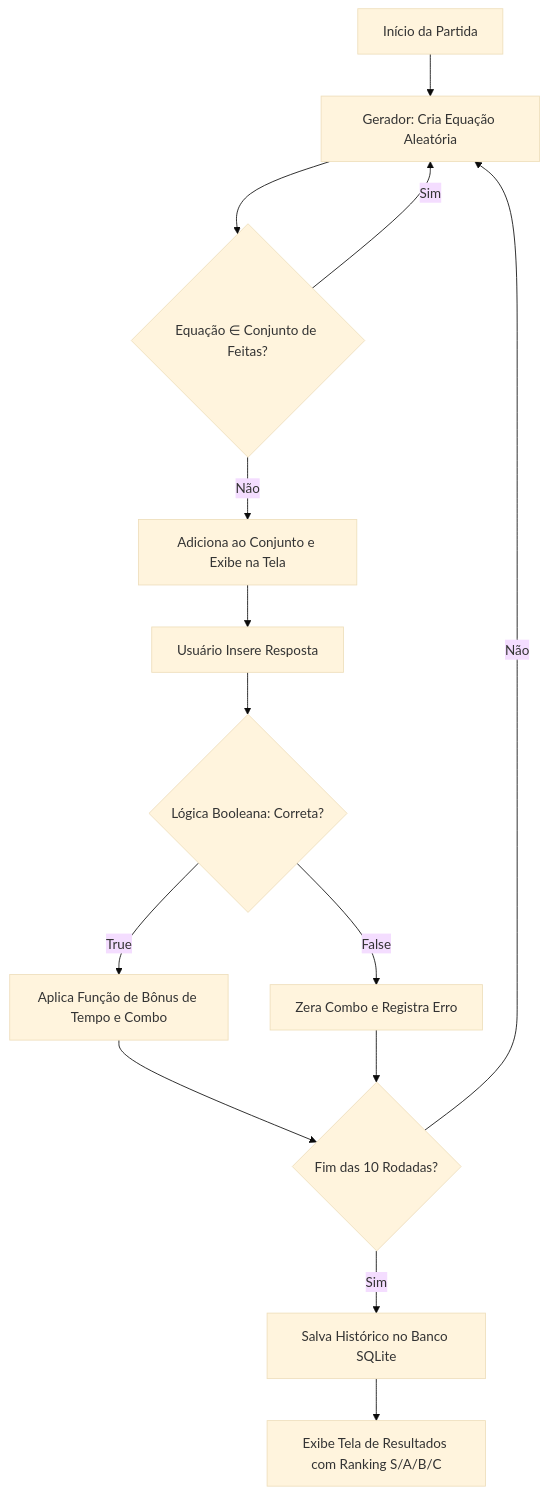
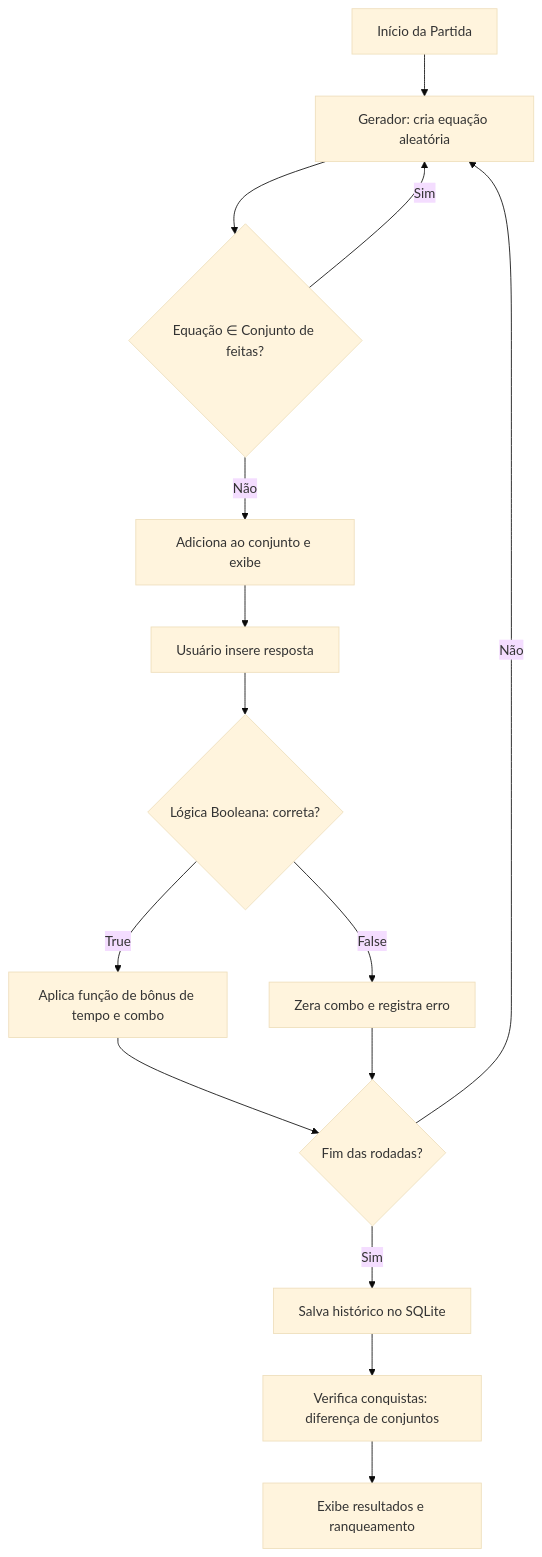
Before and after one commit to MatheusO-Machado/BatalhaMatematica: the first of 3 diagrams in README.md, drawn with Mermaid (base theme). The commit also changed other lines of this file and 33 other files, not shown here.

First line of the commit message:
Adiciona Modo RPG, novos modos de jogo, sistema de conquistas e melhorias

````diff
--- a/README.md
+++ b/README.md
@@ -85,16 +366,17 @@
 ```mermaid
 flowchart TD
-    A[Início da Partida] --> B[Gerador: Cria Equação Aleatória]
-    B --> C{Equação ∈ Conjunto de Feitas?}
+    A[Início da Partida] --> B[Gerador: cria equação aleatória]
+    B --> C{Equação ∈ Conjunto de feitas?}
     C -->|Sim| B
-    C -->|Não| D[Adiciona ao Conjunto e Exibe na Tela]
-    D --> E[Usuário Insere Resposta]
-    E --> F{Lógica Booleana: Correta?}
-    F -->|True| G[Aplica Função de Bônus de Tempo e Combo]
-    F -->|False| H[Zera Combo e Registra Erro]
-    G --> I{Fim das 10 Rodadas?}
+    C -->|Não| D[Adiciona ao conjunto e exibe]
+    D --> E[Usuário insere resposta]
+    E --> F{Lógica Booleana: correta?}
+    F -->|True| G[Aplica função de bônus de tempo e combo]
+    F -->|False| H[Zera combo e registra erro]
+    G --> I{Fim das rodadas?}
     H --> I
     I -->|Não| B
-    I -->|Sim| J[Salva Histórico no Banco SQLite]
-    J --> K[Exibe Tela de Resultados com Ranking S/A/B/C]
+    I -->|Sim| J[Salva histórico no SQLite]
+    J --> K[Verifica conquistas: diferença de conjuntos]
+    K --> L[Exibe resultados e ranqueamento]
 ```
````
